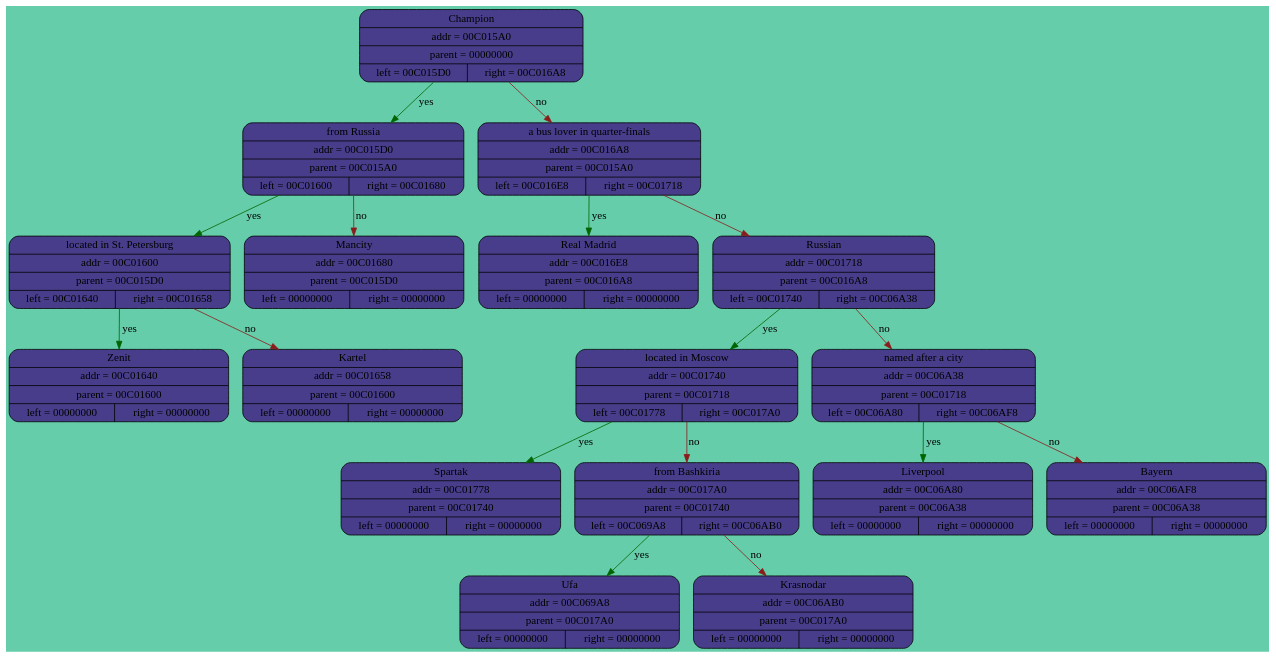
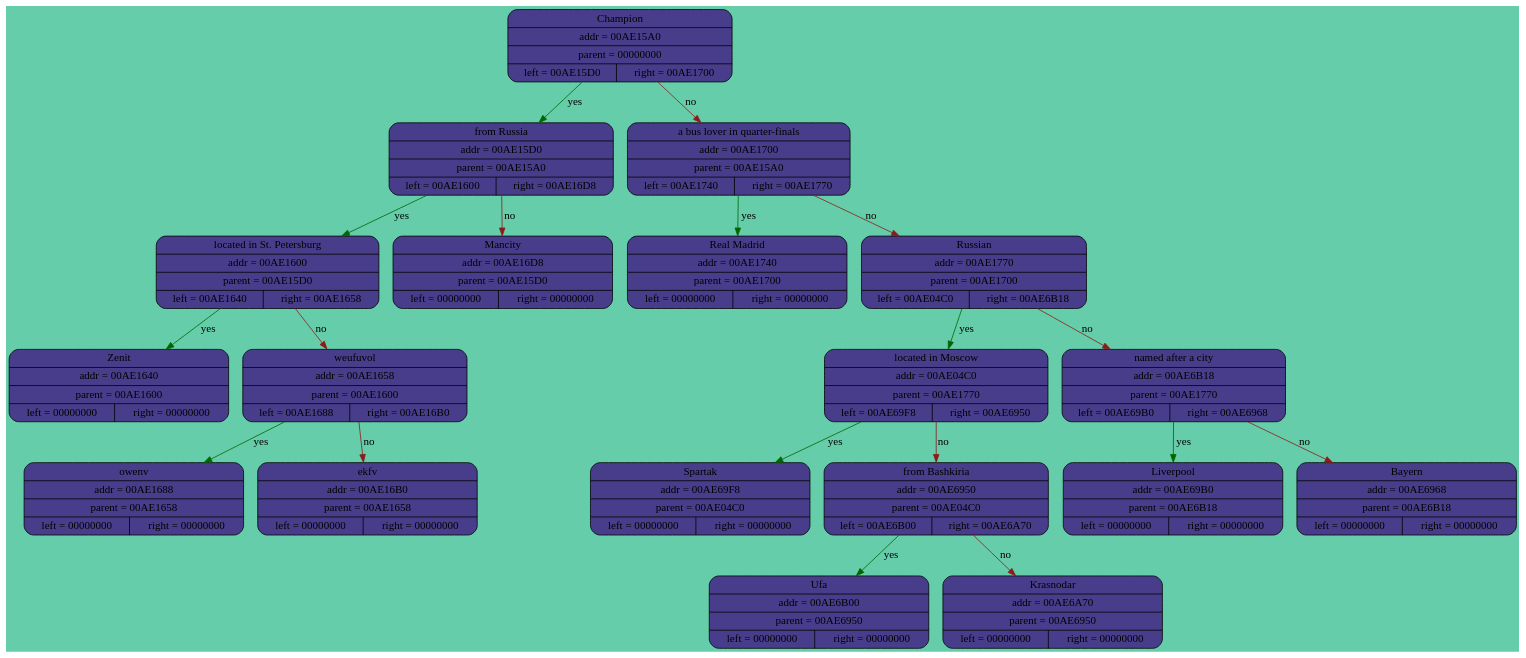
Before and after one commit to maachs/Akinator: the diagram in Dump.dot, drawn with Graphviz. The commit also changed 9 other files, not shown here.

```diff
--- a/Dump.dot
+++ b/Dump.dot
@@ -1,46 +1,51 @@
 digraph G
 {
  rankdir = UD
 bgcolor = "aquamarine3"
-"Champion" [shape = Mrecord, style = "filled", fillcolor = "darkslateblue", label = "{Champion | addr = 00C015A0 | parent = 00000000 | {left = 00C015D0 | right = 00C016A8}}"];
-"from Russia" [shape = Mrecord, style = "filled", fillcolor = "darkslateblue", label = "{from Russia | addr = 00C015D0 | parent = 00C015A0 | {left = 00C01600 | right = 00C01680}}"];
-"located in St. Petersburg" [shape = Mrecord, style = "filled", fillcolor = "darkslateblue", label = "{located in St. Petersburg | addr = 00C01600 | parent = 00C015D0 | {left = 00C01640 | right = 00C01658}}"];
-"Zenit" [shape = Mrecord, style = "filled", fillcolor = "darkslateblue", label = "{Zenit | addr = 00C01640 | parent = 00C01600 | {left = 00000000 | right = 00000000}}"];
+"Champion" [shape = Mrecord, style = "filled", fillcolor = "darkslateblue", label = "{Champion | addr = 00AE15A0 | parent = 00000000 | {left = 00AE15D0 | right = 00AE1700}}"];
+"from Russia" [shape = Mrecord, style = "filled", fillcolor = "darkslateblue", label = "{from Russia | addr = 00AE15D0 | parent = 00AE15A0 | {left = 00AE1600 | right = 00AE16D8}}"];
+"located in St. Petersburg" [shape = Mrecord, style = "filled", fillcolor = "darkslateblue", label = "{located in St. Petersburg | addr = 00AE1600 | parent = 00AE15D0 | {left = 00AE1640 | right = 00AE1658}}"];
+"Zenit" [shape = Mrecord, style = "filled", fillcolor = "darkslateblue", label = "{Zenit | addr = 00AE1640 | parent = 00AE1600 | {left = 00000000 | right = 00000000}}"];
  edge[color = "darkgreen", label = "yes"];
-"located in St. Petersburg" -> "Zenit";"Kartel" [shape = Mrecord, style = "filled", fillcolor = "darkslateblue", label = "{Kartel | addr = 00C01658 | parent = 00C01600 | {left = 00000000 | right = 00000000}}"];
+"located in St. Petersburg" -> "Zenit";"weufuvol" [shape = Mrecord, style = "filled", fillcolor = "darkslateblue", label = "{weufuvol | addr = 00AE1658 | parent = 00AE1600 | {left = 00AE1688 | right = 00AE16B0}}"];
+"owenv" [shape = Mrecord, style = "filled", fillcolor = "darkslateblue", label = "{owenv | addr = 00AE1688 | parent = 00AE1658 | {left = 00000000 | right = 00000000}}"];
+ edge[color = "darkgreen", label = "yes"];
+"weufuvol" -> "owenv";"ekfv" [shape = Mrecord, style = "filled", fillcolor = "darkslateblue", label = "{ekfv | addr = 00AE16B0 | parent = 00AE1658 | {left = 00000000 | right = 00000000}}"];
  edge[color = "firebrick4", label = "no"];
-"located in St. Petersburg" -> "Kartel";
+"weufuvol" -> "ekfv";
+ edge[color = "firebrick4", label = "no"];
+"located in St. Petersburg" -> "weufuvol";
  edge[color = "darkgreen", label = "yes"];
-"from Russia" -> "located in St. Petersburg";"Mancity" [shape = Mrecord, style = "filled", fillcolor = "darkslateblue", label = "{Mancity | addr = 00C01680 | parent = 00C015D0 | {left = 00000000 | right = 00000000}}"];
+"from Russia" -> "located in St. Petersburg";"Mancity" [shape = Mrecord, style = "filled", fillcolor = "darkslateblue", label = "{Mancity | addr = 00AE16D8 | parent = 00AE15D0 | {left = 00000000 | right = 00000000}}"];
  edge[color = "firebrick4", label = "no"];
 "from Russia" -> "Mancity";
  edge[color = "darkgreen", label = "yes"];
-"Champion" -> "from Russia";"a bus lover in quarter-finals" [shape = Mrecord, style = "filled", fillcolor = "darkslateblue", label = "{a bus lover in quarter-finals | addr = 00C016A8 | parent = 00C015A0 | {left = 00C016E8 | right = 00C01718}}"];
-"Real Madrid" [shape = Mrecord, style = "filled", fillcolor = "darkslateblue", label = "{Real Madrid | addr = 00C016E8 | parent = 00C016A8 | {left = 00000000 | right = 00000000}}"];
+"Champion" -> "from Russia";"a bus lover in quarter-finals" [shape = Mrecord, style = "filled", fillcolor = "darkslateblue", label = "{a bus lover in quarter-finals | addr = 00AE1700 | parent = 00AE15A0 | {left = 00AE1740 | right = 00AE1770}}"];
+"Real Madrid" [shape = Mrecord, style = "filled", fillcolor = "darkslateblue", label = "{Real Madrid | addr = 00AE1740 | parent = 00AE1700 | {left = 00000000 | right = 00000000}}"];
  edge[color = "darkgreen", label = "yes"];
-"a bus lover in quarter-finals" -> "Real Madrid";"Russian" [shape = Mrecord, style = "filled", fillcolor = "darkslateblue", label = "{Russian | addr = 00C01718 | parent = 00C016A8 | {left = 00C01740 | right = 00C06A38}}"];
-"located in Moscow" [shape = Mrecord, style = "filled", fillcolor = "darkslateblue", label = "{located in Moscow | addr = 00C01740 | parent = 00C01718 | {left = 00C01778 | right = 00C017A0}}"];
-"Spartak" [shape = Mrecord, style = "filled", fillcolor = "darkslateblue", label = "{Spartak | addr = 00C01778 | parent = 00C01740 | {left = 00000000 | right = 00000000}}"];
+"a bus lover in quarter-finals" -> "Real Madrid";"Russian" [shape = Mrecord, style = "filled", fillcolor = "darkslateblue", label = "{Russian | addr = 00AE1770 | parent = 00AE1700 | {left = 00AE04C0 | right = 00AE6B18}}"];
+"located in Moscow" [shape = Mrecord, style = "filled", fillcolor = "darkslateblue", label = "{located in Moscow | addr = 00AE04C0 | parent = 00AE1770 | {left = 00AE69F8 | right = 00AE6950}}"];
+"Spartak" [shape = Mrecord, style = "filled", fillcolor = "darkslateblue", label = "{Spartak | addr = 00AE69F8 | parent = 00AE04C0 | {left = 00000000 | right = 00000000}}"];
  edge[color = "darkgreen", label = "yes"];
-"located in Moscow" -> "Spartak";"from Bashkiria" [shape = Mrecord, style = "filled", fillcolor = "darkslateblue", label = "{from Bashkiria | addr = 00C017A0 | parent = 00C01740 | {left = 00C069A8 | right = 00C06AB0}}"];
-"Ufa" [shape = Mrecord, style = "filled", fillcolor = "darkslateblue", label = "{Ufa | addr = 00C069A8 | parent = 00C017A0 | {left = 00000000 | right = 00000000}}"];
+"located in Moscow" -> "Spartak";"from Bashkiria" [shape = Mrecord, style = "filled", fillcolor = "darkslateblue", label = "{from Bashkiria | addr = 00AE6950 | parent = 00AE04C0 | {left = 00AE6B00 | right = 00AE6A70}}"];
+"Ufa" [shape = Mrecord, style = "filled", fillcolor = "darkslateblue", label = "{Ufa | addr = 00AE6B00 | parent = 00AE6950 | {left = 00000000 | right = 00000000}}"];
  edge[color = "darkgreen", label = "yes"];
-"from Bashkiria" -> "Ufa";"Krasnodar" [shape = Mrecord, style = "filled", fillcolor = "darkslateblue", label = "{Krasnodar | addr = 00C06AB0 | parent = 00C017A0 | {left = 00000000 | right = 00000000}}"];
+"from Bashkiria" -> "Ufa";"Krasnodar" [shape = Mrecord, style = "filled", fillcolor = "darkslateblue", label = "{Krasnodar | addr = 00AE6A70 | parent = 00AE6950 | {left = 00000000 | right = 00000000}}"];
  edge[color = "firebrick4", label = "no"];
 "from Bashkiria" -> "Krasnodar";
  edge[color = "firebrick4", label = "no"];
 "located in Moscow" -> "from Bashkiria";
  edge[color = "darkgreen", label = "yes"];
-"Russian" -> "located in Moscow";"named after a city" [shape = Mrecord, style = "filled", fillcolor = "darkslateblue", label = "{named after a city | addr = 00C06A38 | parent = 00C01718 | {left = 00C06A80 | right = 00C06AF8}}"];
-"Liverpool" [shape = Mrecord, style = "filled", fillcolor = "darkslateblue", label = "{Liverpool | addr = 00C06A80 | parent = 00C06A38 | {left = 00000000 | right = 00000000}}"];
+"Russian" -> "located in Moscow";"named after a city" [shape = Mrecord, style = "filled", fillcolor = "darkslateblue", label = "{named after a city | addr = 00AE6B18 | parent = 00AE1770 | {left = 00AE69B0 | right = 00AE6968}}"];
+"Liverpool" [shape = Mrecord, style = "filled", fillcolor = "darkslateblue", label = "{Liverpool | addr = 00AE69B0 | parent = 00AE6B18 | {left = 00000000 | right = 00000000}}"];
  edge[color = "darkgreen", label = "yes"];
-"named after a city" -> "Liverpool";"Bayern" [shape = Mrecord, style = "filled", fillcolor = "darkslateblue", label = "{Bayern | addr = 00C06AF8 | parent = 00C06A38 | {left = 00000000 | right = 00000000}}"];
+"named after a city" -> "Liverpool";"Bayern" [shape = Mrecord, style = "filled", fillcolor = "darkslateblue", label = "{Bayern | addr = 00AE6968 | parent = 00AE6B18 | {left = 00000000 | right = 00000000}}"];
  edge[color = "firebrick4", label = "no"];
 "named after a city" -> "Bayern";
  edge[color = "firebrick4", label = "no"];
 "Russian" -> "named after a city";
  edge[color = "firebrick4", label = "no"];
 "a bus lover in quarter-finals" -> "Russian";
  edge[color = "firebrick4", label = "no"];
 "Champion" -> "a bus lover in quarter-finals";
 }
```
